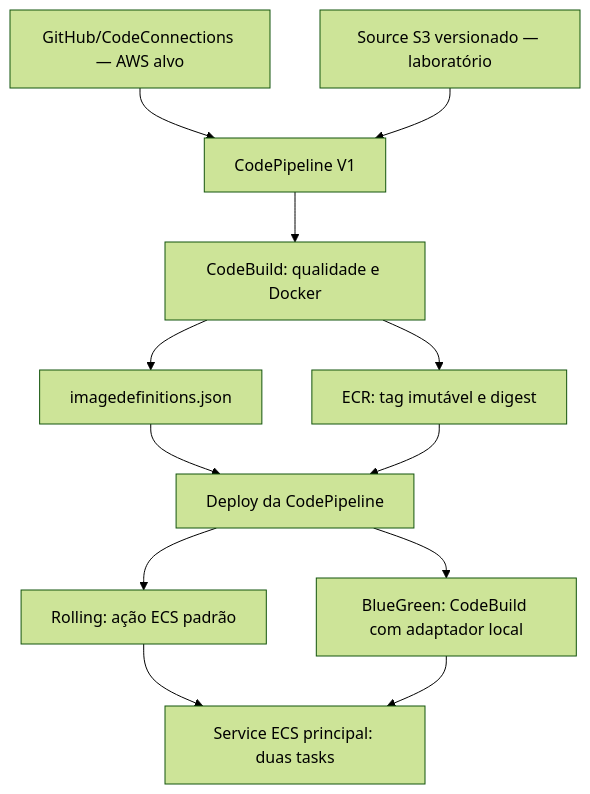
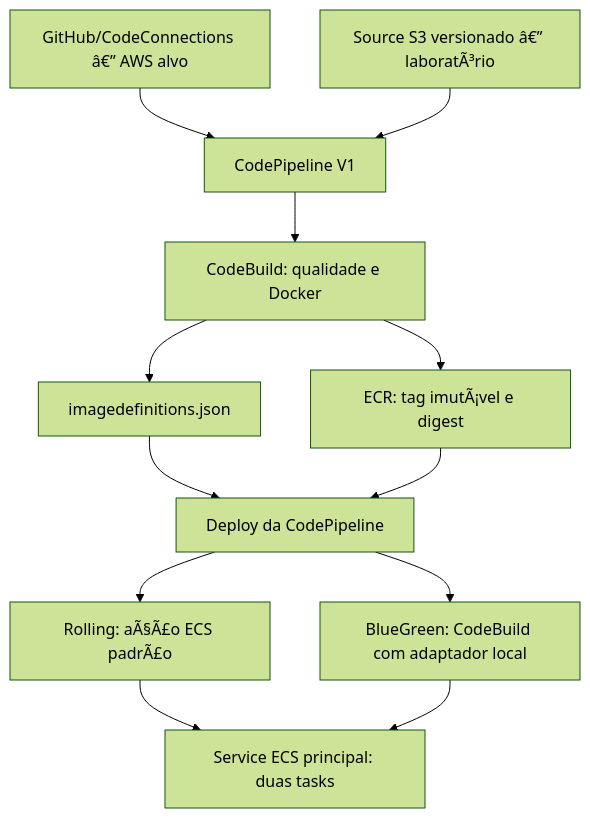
The first of 2 diagrams in docs/ARCHITECTURE.md (fernetone/cloudtasks-aws-portfolio), drawn with Mermaid (forest theme) before and after one commit. The commit also changed other lines of this file and 9 other files, not shown here.

````diff
--- a/docs/ARCHITECTURE.md
+++ b/docs/ARCHITECTURE.md
@@ -9,14 +9,14 @@
 ```mermaid
 flowchart TD
-  source["GitHub/CodeConnections — AWS alvo"] --> cp["CodePipeline V1"]
-  s3["Source S3 versionado — laboratório"] --> cp
+  source["GitHub/CodeConnections â€” AWS alvo"] --> cp["CodePipeline V1"]
+  s3["Source S3 versionado â€” laboratÃ³rio"] --> cp
   cp --> cb["CodeBuild: qualidade e Docker"]
-  cb --> ecr["ECR: tag imutável e digest"]
+  cb --> ecr["ECR: tag imutÃ¡vel e digest"]
   cb --> artifact["imagedefinitions.json"]
   artifact --> deploy["Deploy da CodePipeline"]
-  deploy --> rolling["Rolling: ação ECS padrão"]
+  deploy --> rolling["Rolling: aÃ§Ã£o ECS padrÃ£o"]
   deploy --> bg["BlueGreen: CodeBuild com adaptador local"]
   ecr --> deploy
   rolling --> ecs["Service ECS principal: duas tasks"]
   bg --> ecs
 ```
````
